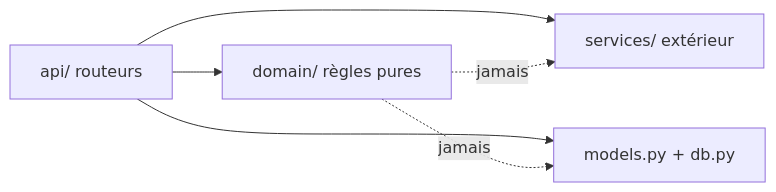
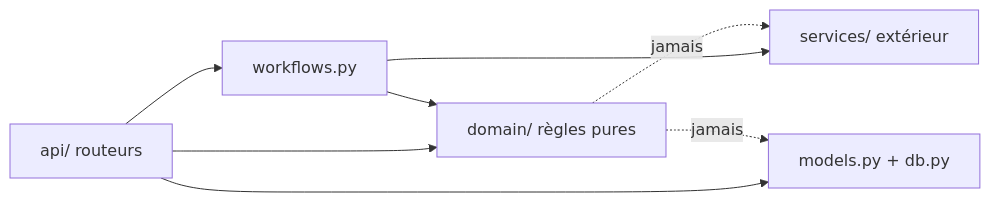
Before and after one commit to RamassamyM/grabandsurf: the second of 2 diagrams in docs/ARCHITECTURE.md, drawn with Mermaid. The commit also changed other lines of this file, not shown here.

Commit message:
docs(architecture): single version aligned with the code, validated decisions and priorities

````diff
--- a/docs/ARCHITECTURE.md
+++ b/docs/ARCHITECTURE.md
@@ -312,8 +94,10 @@
 ```mermaid
 flowchart LR
-  api[api/ routeurs] --> domain[domain/ règles pures]
-  api --> services[services/ extérieur]
+  api[api/ routeurs] --> wf[workflows.py]
+  api --> domain[domain/ règles pures]
+  wf --> domain
+  wf --> services[services/ extérieur]
   api --> db[models.py + db.py]
   domain -.->|jamais| services
   domain -.->|jamais| db
 ```
````
